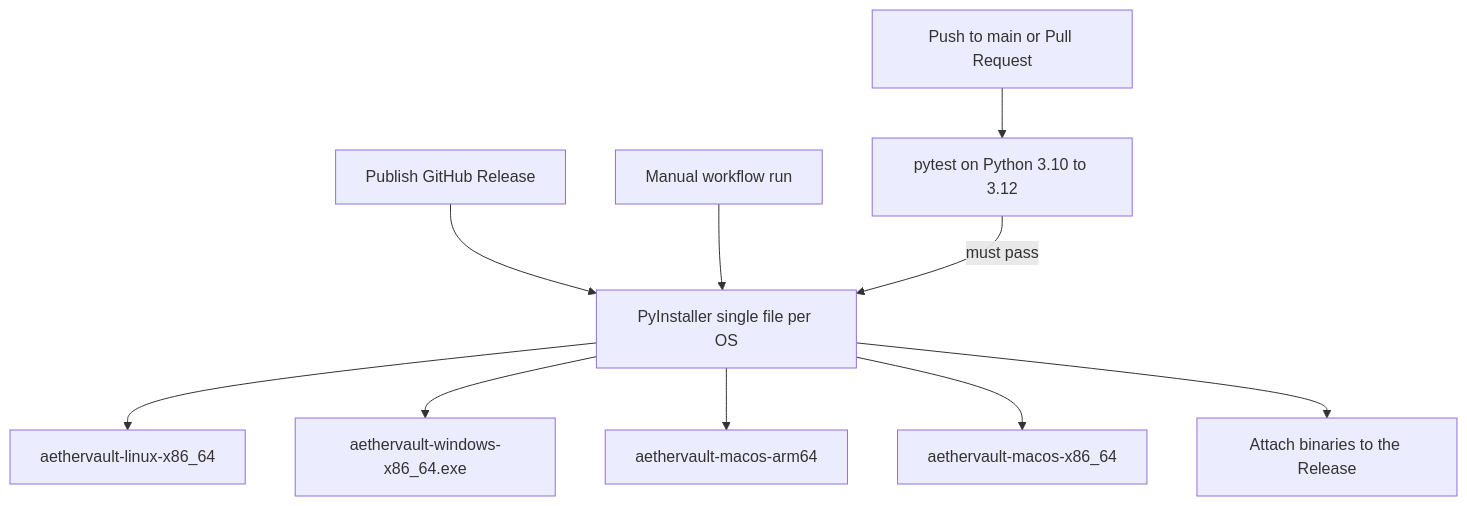
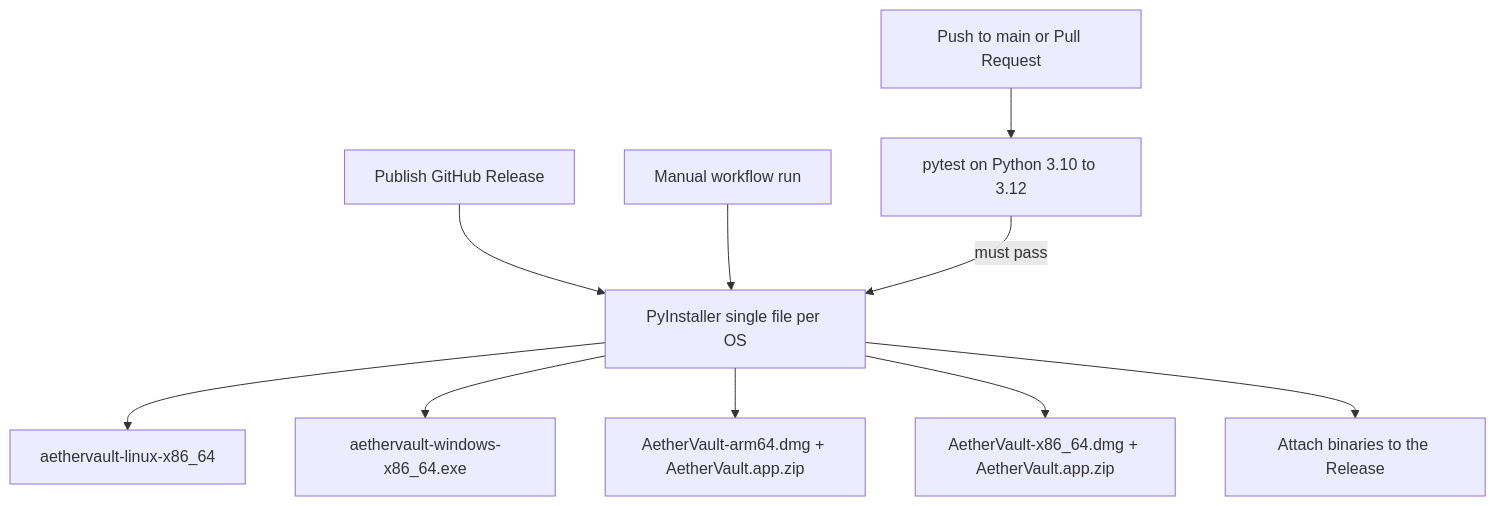
The third of 3 diagrams in aethervault/docs/sys/aethervault.mmd (AetherSolDev/AetherVault), drawn with Mermaid before and after one commit. The commit also changed 6 other files, not shown here.

First line of the commit message:
feat: ship macOS as .app bundle + DMG instead of raw Mach-O binary

````diff
--- a/aethervault/docs/sys/aethervault.mmd
+++ b/aethervault/docs/sys/aethervault.mmd
@@ -433,12 +433,12 @@
 ```mermaid
 flowchart TD
     GIT[Push to main or Pull Request] --> CI[pytest on Python 3.10 to 3.12]
     REL[Publish GitHub Release] --> BUILD[PyInstaller single file per OS]
     MAN[Manual workflow run] --> BUILD
     CI -->|must pass| BUILD
     BUILD --> LIN[aethervault-linux-x86_64]
     BUILD --> WIN[aethervault-windows-x86_64.exe]
-    BUILD --> MACA[aethervault-macos-arm64]
-    BUILD --> MACX[aethervault-macos-x86_64]
+    BUILD --> MACA[AetherVault-arm64.dmg + AetherVault.app.zip]
+    BUILD --> MACX[AetherVault-x86_64.dmg + AetherVault.app.zip]
     BUILD --> ATTACH[Attach binaries to the Release]
 ```
````
